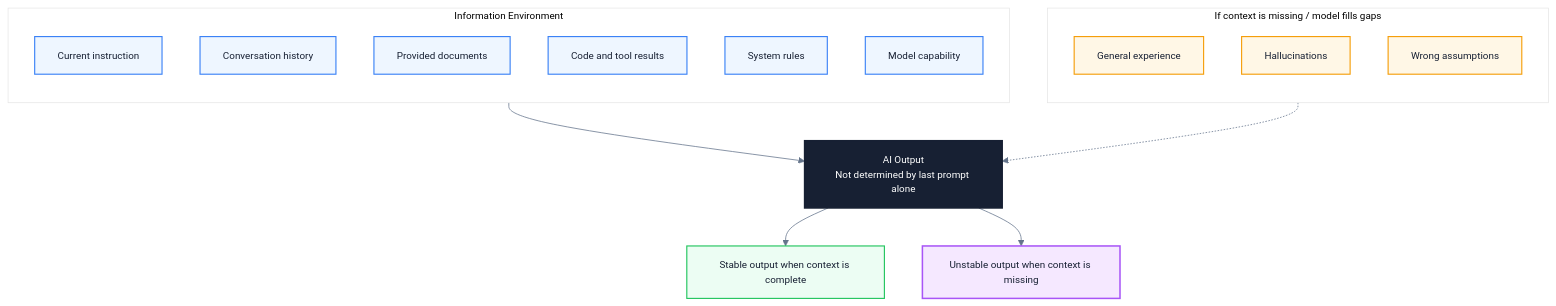
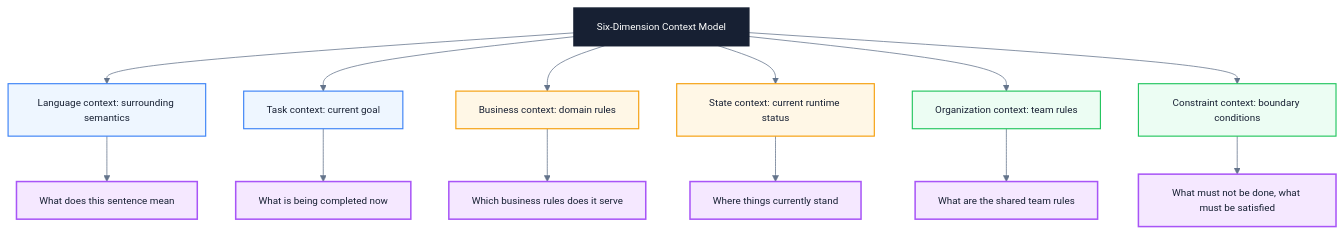
One commit to Fatejian/frontier-vault changed the first of 3 diagrams in docs/en/ai/understanding-context-in-ai-era.md. Above: the diagram before and after it, drawn with Mermaid. The commit also changed other lines of this file and 44 other files, not shown here.

````diff
--- a/docs/en/ai/understanding-context-in-ai-era.md
+++ b/docs/en/ai/understanding-context-in-ai-era.md
@@ -261,40 +100,31 @@
 ```mermaid
 %%{init: {'theme': 'base', 'themeVariables': { 'fontFamily': 'Inter, PingFang SC, Microsoft YaHei, sans-serif', 'primaryColor': '#F8FAFC', 'primaryTextColor': '#172033', 'primaryBorderColor': '#CBD5E1', 'lineColor': '#64748B', 'fontSize': '13px'}}}%%
 flowchart TB
-    Core["AI Output<br/>Not determined by last prompt alone"]
+    Core["Six-Dimension Context Model"]
 
-    subgraph Inputs["Information Environment"]
-        direction TB
-        I1["Current instruction"]
-        I2["Conversation history"]
-        I3["Provided documents"]
-        I4["Code and tool results"]
-        I5["System rules"]
-        I6["Model capability"]
-    end
+    Core --> L1["Language context: surrounding semantics"]
+    Core --> L2["Task context: current goal"]
+    Core --> L3["Business context: domain rules"]
+    Core --> L4["State context: current runtime status"]
+    Core --> L5["Organization context: team rules"]
+    Core --> L6["Constraint context: boundary conditions"]
 
-    subgraph Gaps["If context is missing / model fills gaps"]
-        direction TB
-        G1["General experience"]
-        G2["Hallucinations"]
-        G3["Wrong assumptions"]
-    end
-
-    Inputs --> Core
-    Gaps -.-> Core
-
-    Core --> Outcome1["Stable output when context is complete"]
-    Core --> Outcome2["Unstable output when context is missing"]
+    L1 --> Q1["What does this sentence mean"]
+    L2 --> Q2["What is being completed now"]
+    L3 --> Q3["Which business rules does it serve"]
+    L4 --> Q4["Where things currently stand"]
+    L5 --> Q5["What are the shared team rules"]
+    L6 --> Q6["What must not be done, what must be satisfied"]
 
     classDef core fill:#172033,color:#fff,stroke:#172033,stroke-width:2px;
     classDef wait fill:#EEF6FF,stroke:#3B82F6,color:#172033,stroke-width:1.5px;
     classDef block fill:#FFF7E6,stroke:#F59E0B,color:#172033,stroke-width:1.5px;
     classDef work fill:#ECFDF3,stroke:#22C55E,color:#172033,stroke-width:1.5px;
     classDef metric fill:#F5E8FF,stroke:#A855F7,color:#172033,stroke-width:2px;
 
     class Core core;
-    class I1,I2,I3,I4,I5,I6 wait;
-    class G1,G2,G3 block;
-    class Outcome1 work;
-    class Outcome2 metric;
+    class L1,L2 wait;
+    class L3,L4 block;
+    class L5,L6 work;
+    class Q1,Q2,Q3,Q4,Q5,Q6 metric;
 ```
````
